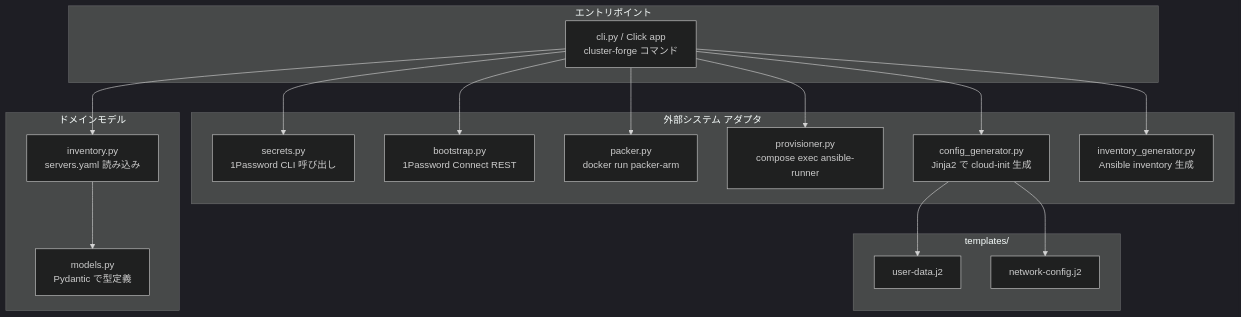
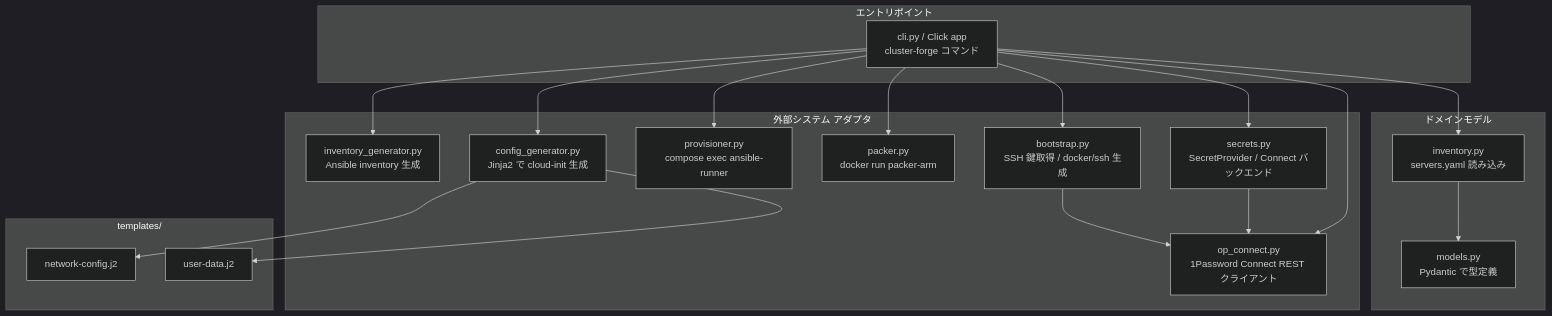
The diagram in docs/cli.md (bright-room/br-cluster), drawn with Mermaid (dark theme) before and after one commit. The commit also changed other lines of this file and 6 other files, not shown here.

First line of the commit message:
refactor(cli): 1Password アクセスを Connect REST に一本化

````diff
--- a/docs/cli.md
+++ b/docs/cli.md
@@ -20,33 +20,35 @@
 ```mermaid
 flowchart TB
   subgraph entry[エントリポイント]
     cli[cli.py / Click app<br/>cluster-forge コマンド]
   end
 
   subgraph domain[ドメインモデル]
     inv[inventory.py<br/>servers.yaml 読み込み]
     models[models.py<br/>Pydantic で型定義]
   end
 
   subgraph providers[外部システム アダプタ]
-    secrets[secrets.py<br/>1Password CLI 呼び出し]
-    bs[bootstrap.py<br/>1Password Connect REST]
+    opc[op_connect.py<br/>1Password Connect REST クライアント]
+    secrets[secrets.py<br/>SecretProvider / Connect バックエンド]
+    bs[bootstrap.py<br/>SSH 鍵取得 / docker/ssh 生成]
     pkr[packer.py<br/>docker run packer-arm]
     prov[provisioner.py<br/>compose exec ansible-runner]
     cfg[config_generator.py<br/>Jinja2 で cloud-init 生成]
     invgen[inventory_generator.py<br/>Ansible inventory 生成]
   end
 
   subgraph templates["templates/"]
     udj[user-data.j2]
     nej[network-config.j2]
   end
 
   cli --> inv --> models
-  cli --> secrets
-  cli --> bs
+  cli --> opc
+  cli --> secrets --> opc
+  cli --> bs --> opc
   cli --> pkr
   cli --> prov
   cli --> cfg --> udj & nej
   cli --> invgen
 ```
````
